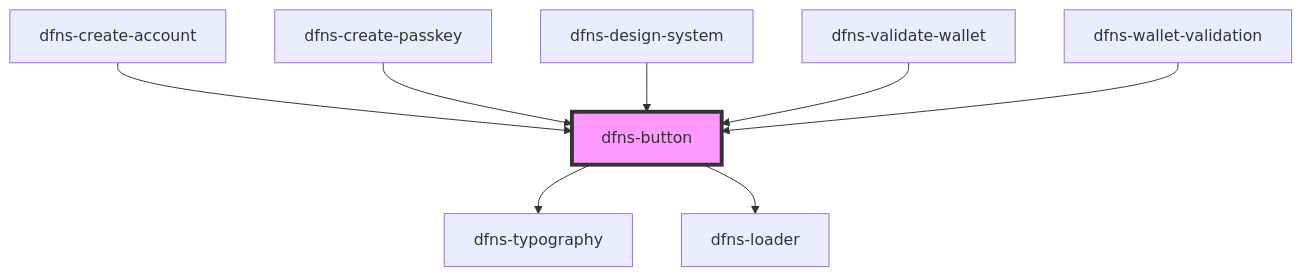
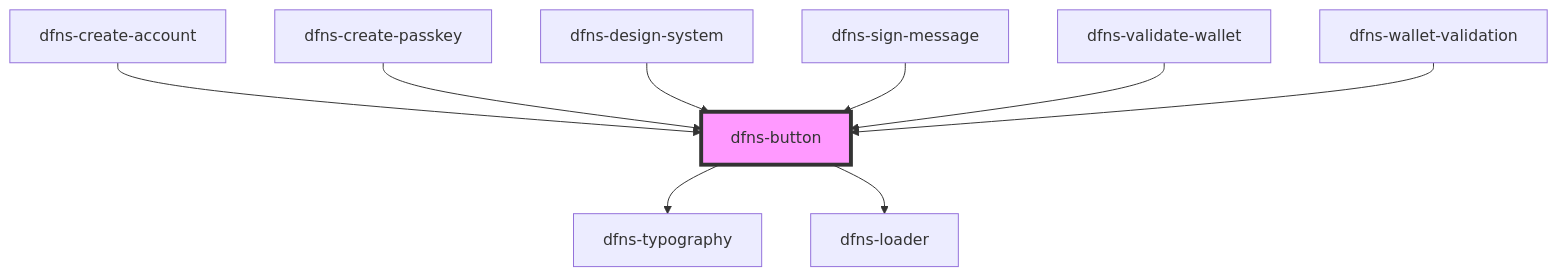
The diagram in src/components/dfns-button/readme.md (dfnsext/web-ui), drawn with Mermaid before and after one commit. The commit also changed other lines of this file and 17 other files, not shown here.

````diff
--- a/src/components/dfns-button/readme.md
+++ b/src/components/dfns-button/readme.md
@@ -49,11 +50,12 @@
 ```mermaid
 graph TD;
   dfns-button --> dfns-typography
   dfns-button --> dfns-loader
   dfns-create-account --> dfns-button
   dfns-create-passkey --> dfns-button
   dfns-design-system --> dfns-button
+  dfns-sign-message --> dfns-button
   dfns-validate-wallet --> dfns-button
   dfns-wallet-validation --> dfns-button
   style dfns-button fill:#f9f,stroke:#333,stroke-width:4px
 ```
````
